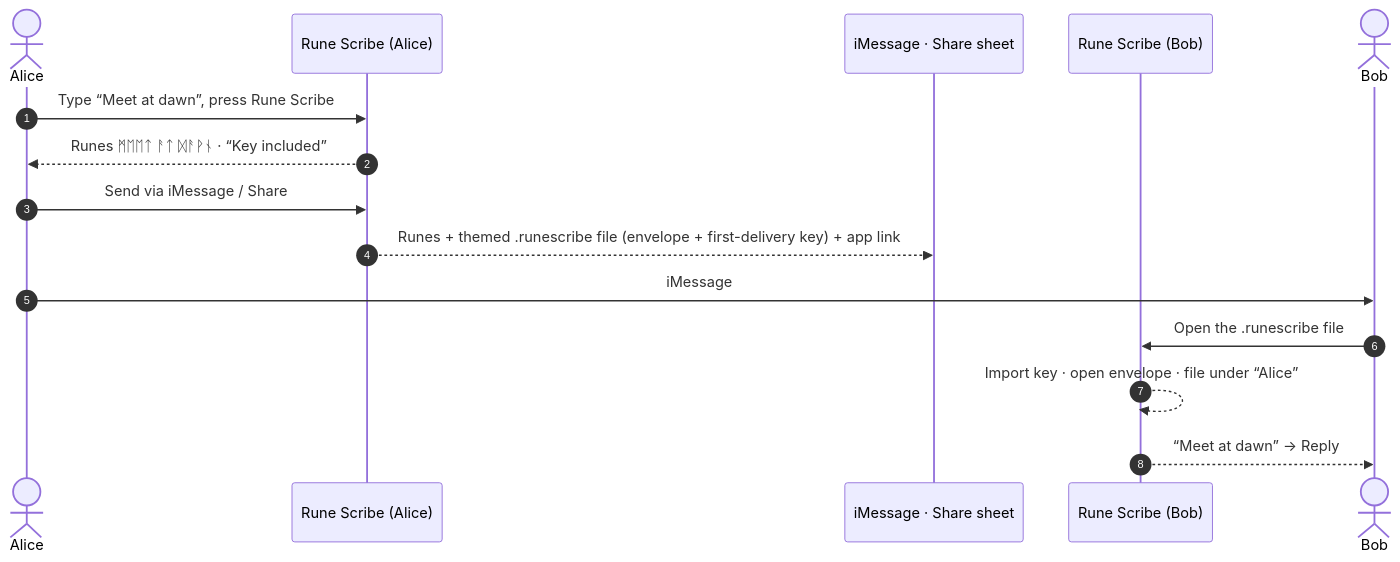
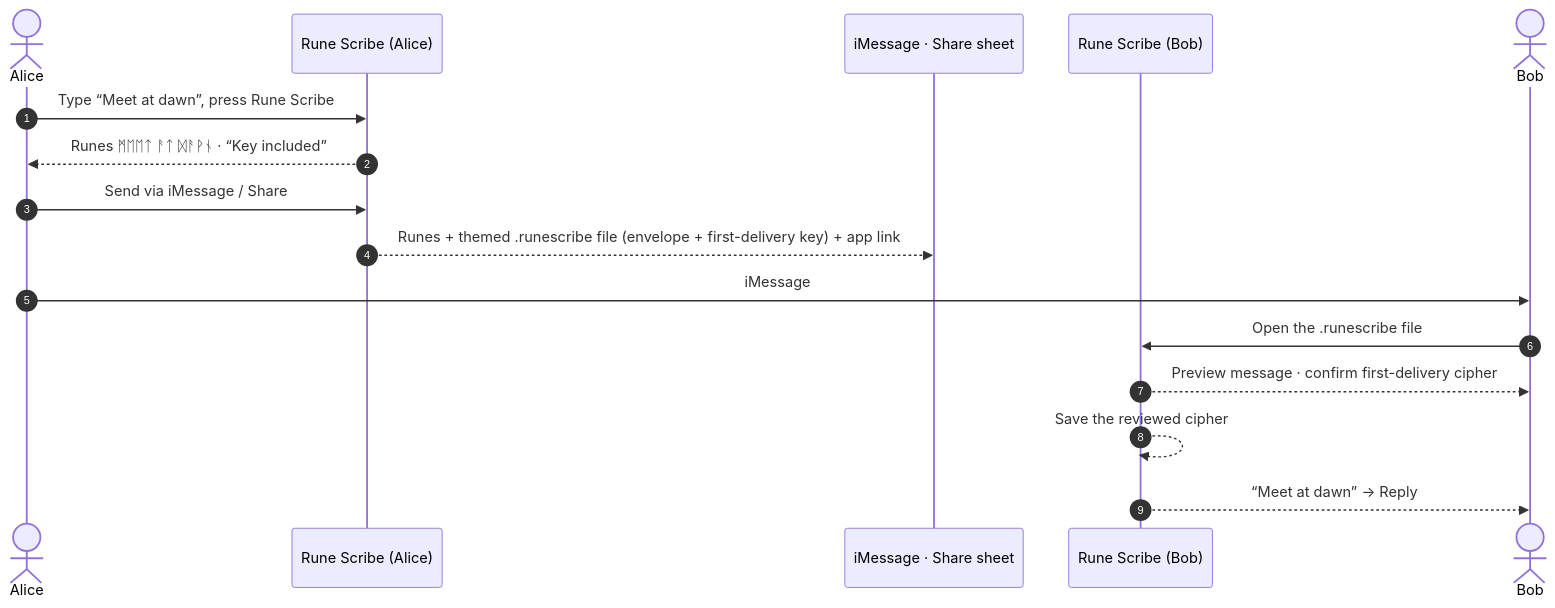
Before and after one commit to flynn33/rune-scribe: the second of 3 diagrams in README.md, drawn with Mermaid. The commit also changed other lines of this file and 43 other files, not shown here.

````diff
--- a/README.md
+++ b/README.md
@@ -193,18 +194,19 @@
 ```mermaid
 sequenceDiagram
     autonumber
     actor Alice
     participant App1 as Rune Scribe (Alice)
     participant Msg as iMessage · Share sheet
     participant App2 as Rune Scribe (Bob)
     actor Bob
 
     Alice->>App1: Type “Meet at dawn”, press Rune Scribe
     App1-->>Alice: Runes  ᛗᛖᛖᛏ ᚨᛏ ᛞᚨᚹᚾ  ·  “Key included”
     Alice->>App1: Send via iMessage / Share
     App1-->>Msg: Runes + themed .runescribe file (envelope + first-delivery key) + app link
     Alice->>Bob: iMessage
     Bob->>App2: Open the .runescribe file
-    App2-->>App2: Import key · open envelope · file under “Alice”
+    App2-->>Bob: Preview message · confirm first-delivery cipher
+    App2-->>App2: Save the reviewed cipher
     App2-->>Bob: “Meet at dawn”  → Reply
 ```
````
